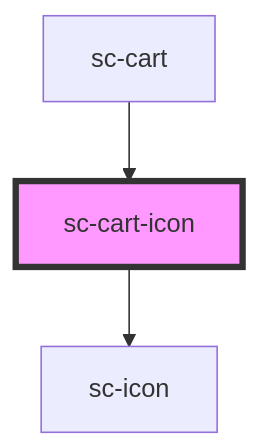
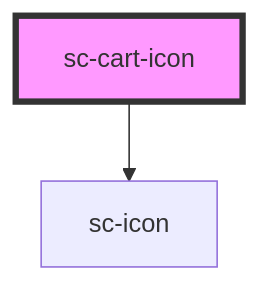
The diagram in packages/components/src/components/ui/sc-cart-icon/readme.md (surecart/surecart-wp-plugin), drawn with Mermaid before and after one commit. The commit also changed other lines of this file and 15 other files, not shown here.

````diff
--- a/packages/components/src/components/ui/sc-cart-icon/readme.md
+++ b/packages/components/src/components/ui/sc-cart-icon/readme.md
@@ -36,6 +34,5 @@
 ```mermaid
 graph TD;
   sc-cart-icon --> sc-icon
-  sc-cart --> sc-cart-icon
   style sc-cart-icon fill:#f9f,stroke:#333,stroke-width:4px
 ```
````
